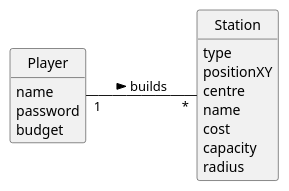
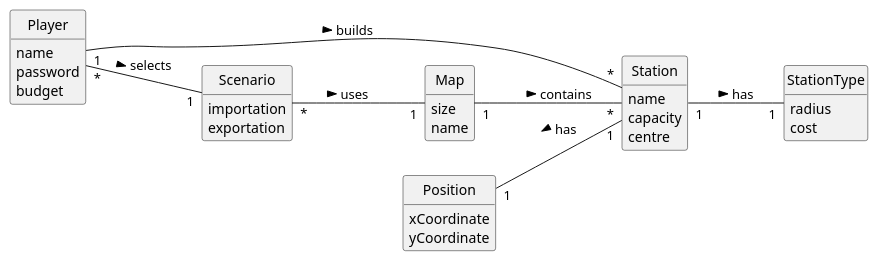
Before and after one commit to 1240935/pi2-railway-simulator: the diagram in docsFinais/US005/02.analysis/puml/US005-DM.puml, drawn with PlantUML. The commit also changed 303 other files, not shown here.

```diff
--- a/docsFinais/US005/02.analysis/puml/US005-DM.puml
+++ b/docsFinais/US005/02.analysis/puml/US005-DM.puml
@@ -1,32 +1,55 @@
 @startuml
 skinparam monochrome true
 skinparam packageStyle rectangle
 skinparam shadowing false
 'skinparam linetype ortho
 'left to right direction
 skinparam classAttributeIconSize 0
 hide circle
 hide methods
 
 left to right direction
 
 class Player {
     name
     password
     budget
 }
 
+class Map {
+    size
+    name
+}
 
 class Station {
-    type
-    positionXY
+    name
+    capacity
     centre
-    name
+}
+
+class StationType{
+    radius
     cost
-    capacity
-    radius
+}
+
+class Position{
+    xCoordinate
+    yCoordinate
+}
+
+class Scenario {
+    importation
+    exportation
 }
 
 
+
+Scenario "*" -- "1" Map : uses >
+Map "1" -- "*" Station : contains >
+Station "1" -- "1" StationType: has >
 Player "1" -- "*" Station: builds >
+Player "*" -- "1" Scenario : selects >
+Position "1" -- "1" Station: has <
+
+
 @enduml
```
